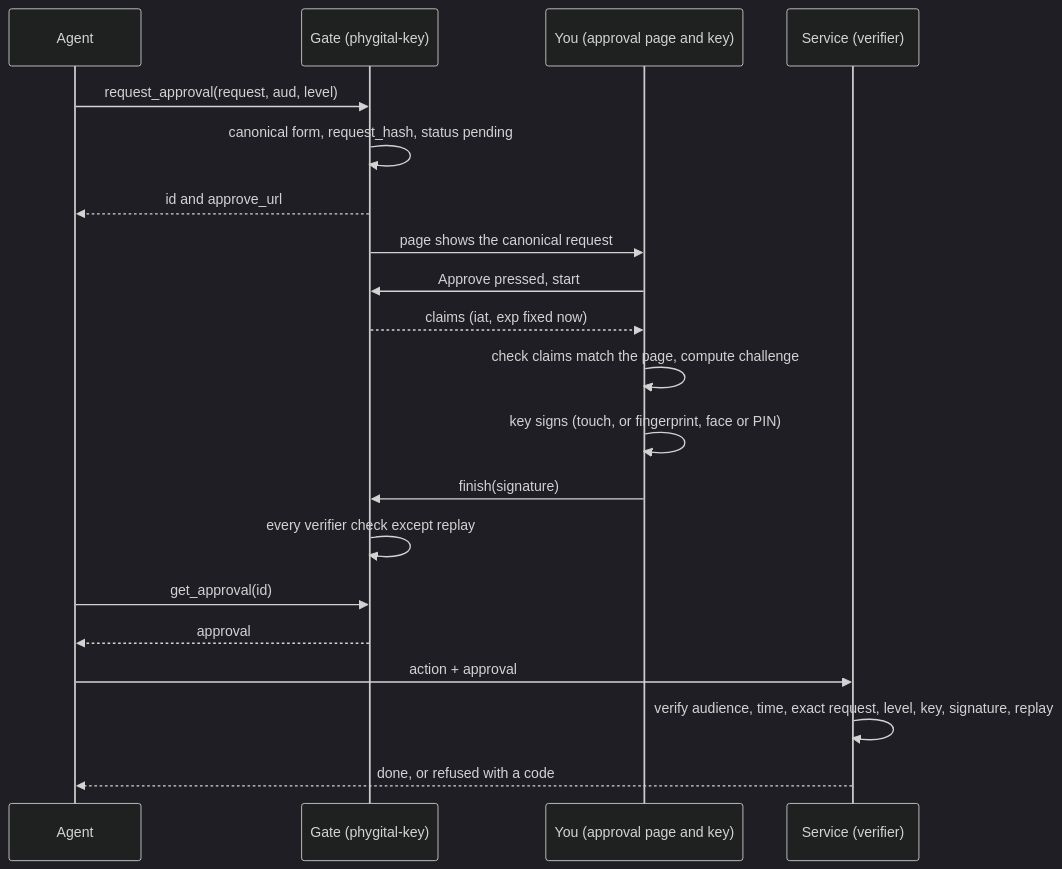
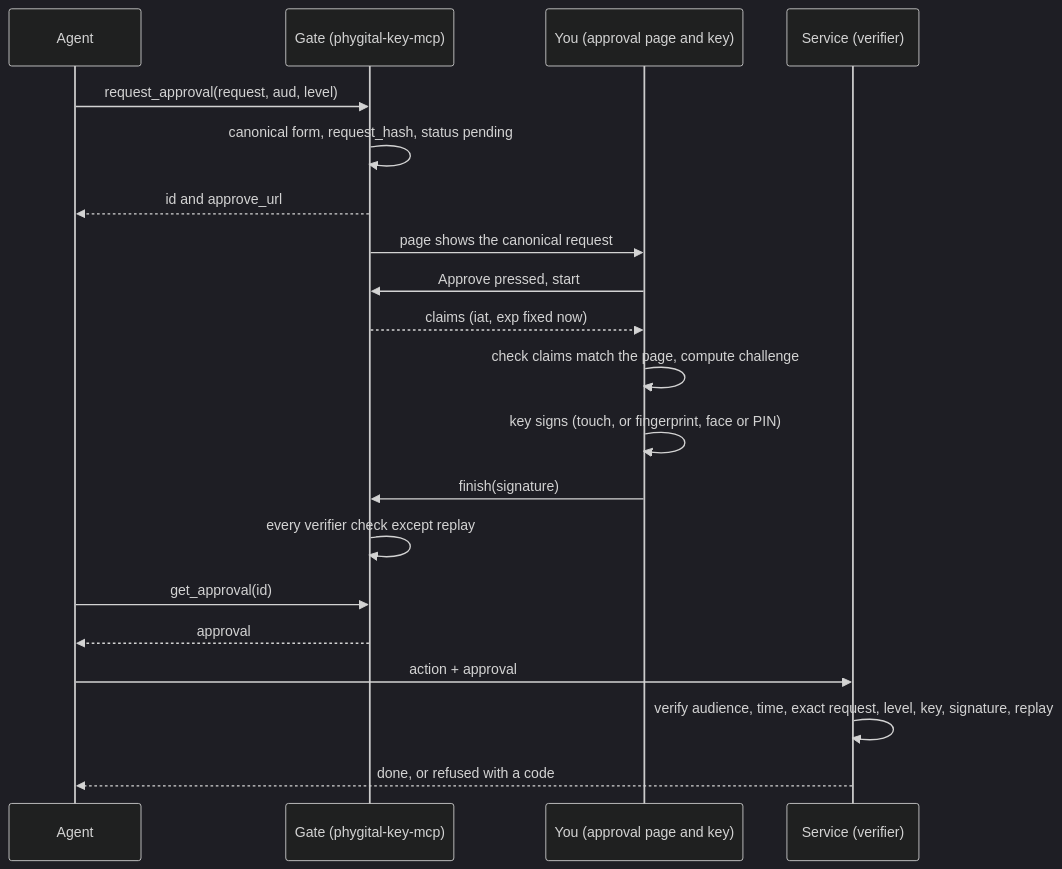
One commit to Phygital-Key/phygital-key changed the diagram in docs/how-it-works.md. Above: the diagram before and after it, drawn with Mermaid (dark theme). The commit also changed other lines of this file and 114 other files, not shown here.

Commit message:
Split into a shared base: the gate becomes the phygital-key-gate library (Product + Adapter), installers and release scripts become product templates; MCP moves to Phygital-Key/phygital-key-mcp, A2A is Phygital-Key/phygital-key-a2a; docs made product-neutral; v0.4.0

````diff
--- a/docs/how-it-works.md
+++ b/docs/how-it-works.md
@@ -24,22 +24,22 @@
 ```mermaid
 sequenceDiagram
     participant A as Agent
-    participant G as Gate (phygital-key)
+    participant G as Gate (phygital-key-mcp)
     participant P as You (approval page and key)
     participant S as Service (verifier)
     A->>G: request_approval(request, aud, level)
     G->>G: canonical form, request_hash, status pending
     G-->>A: id and approve_url
     G->>P: page shows the canonical request
     P->>G: Approve pressed, start
     G-->>P: claims (iat, exp fixed now)
     P->>P: check claims match the page, compute challenge
     P->>P: key signs (touch, or fingerprint, face or PIN)
     P->>G: finish(signature)
     G->>G: every verifier check except replay
     A->>G: get_approval(id)
     G-->>A: approval
     A->>S: action + approval
     S->>S: verify audience, time, exact request, level, key, signature, replay
     S-->>A: done, or refused with a code
 ```
````
